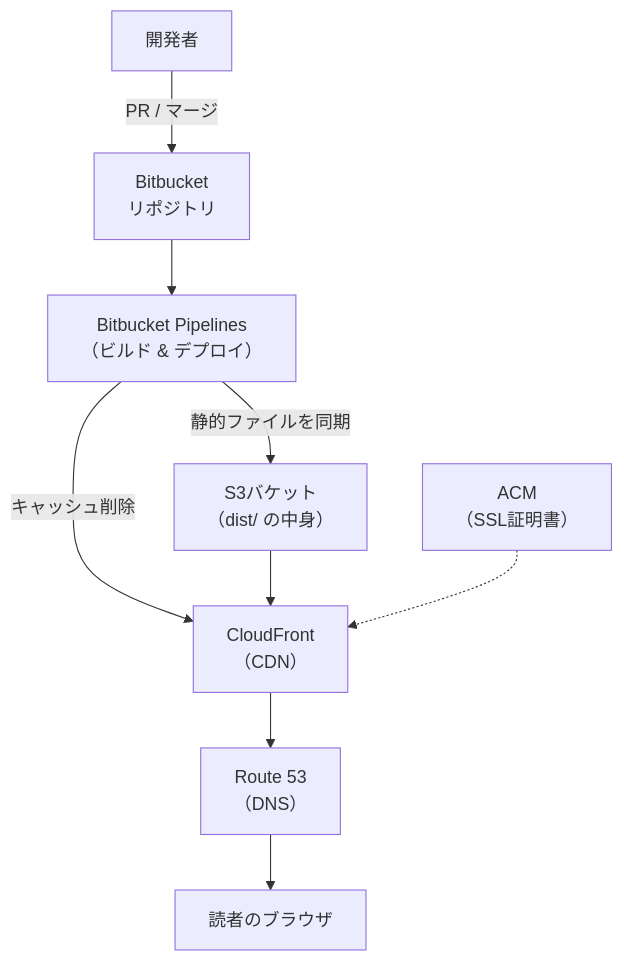
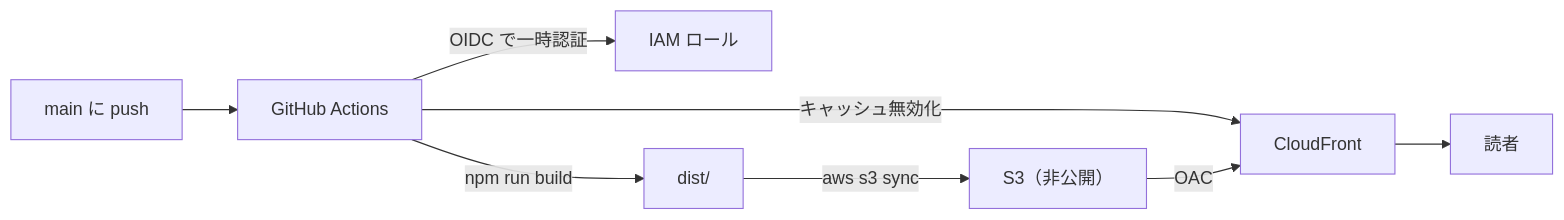
The first of 2 diagrams in src/content/blog/deploy-pipeline.md (inoue-takaaki/devlog), drawn with Mermaid before and after one commit. The commit also changed other lines of this file, not shown here.

Commit message:
docs: rewrite deploy article for GitHub Actions + Terraform + OIDC

````diff
--- a/src/content/blog/deploy-pipeline.md
+++ b/src/content/blog/deploy-pipeline.md
@@ -37,11 +16,10 @@
 ```mermaid
-flowchart TD
-  Dev["開発者"] -->|PR / マージ| BB["Bitbucket<br/>リポジトリ"]
-  BB --> Pipe["Bitbucket Pipelines<br/>（ビルド & デプロイ）"]
-  Pipe -->|静的ファイルを同期| S3["S3バケット<br/>（dist/ の中身）"]
-  Pipe -->|キャッシュ削除| CF["CloudFront<br/>（CDN）"]
-  S3 --> CF
-  CF --> R53["Route 53<br/>（DNS）"]
-  ACM["ACM<br/>（SSL証明書）"] -.-> CF
-  R53 --> User["読者のブラウザ"]
+flowchart LR
+  Dev["main に push"] --> GA["GitHub Actions"]
+  GA -->|OIDC で一時認証| Role["IAM ロール"]
+  GA -->|npm run build| Dist["dist/"]
+  Dist -->|aws s3 sync| S3["S3（非公開）"]
+  GA -->|キャッシュ無効化| CF["CloudFront"]
+  S3 -->|OAC| CF
+  CF --> User["読者"]
 ```
````
